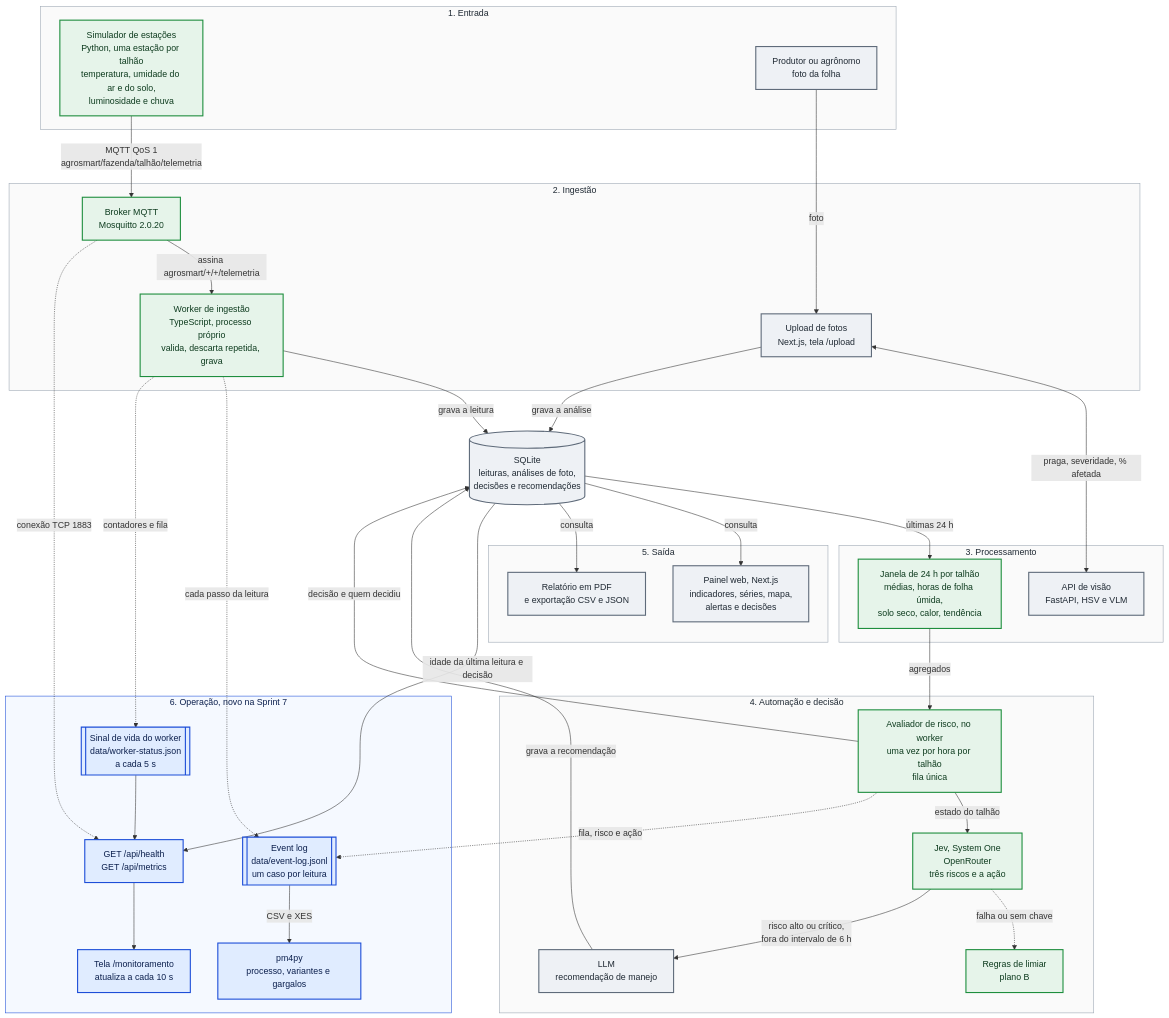
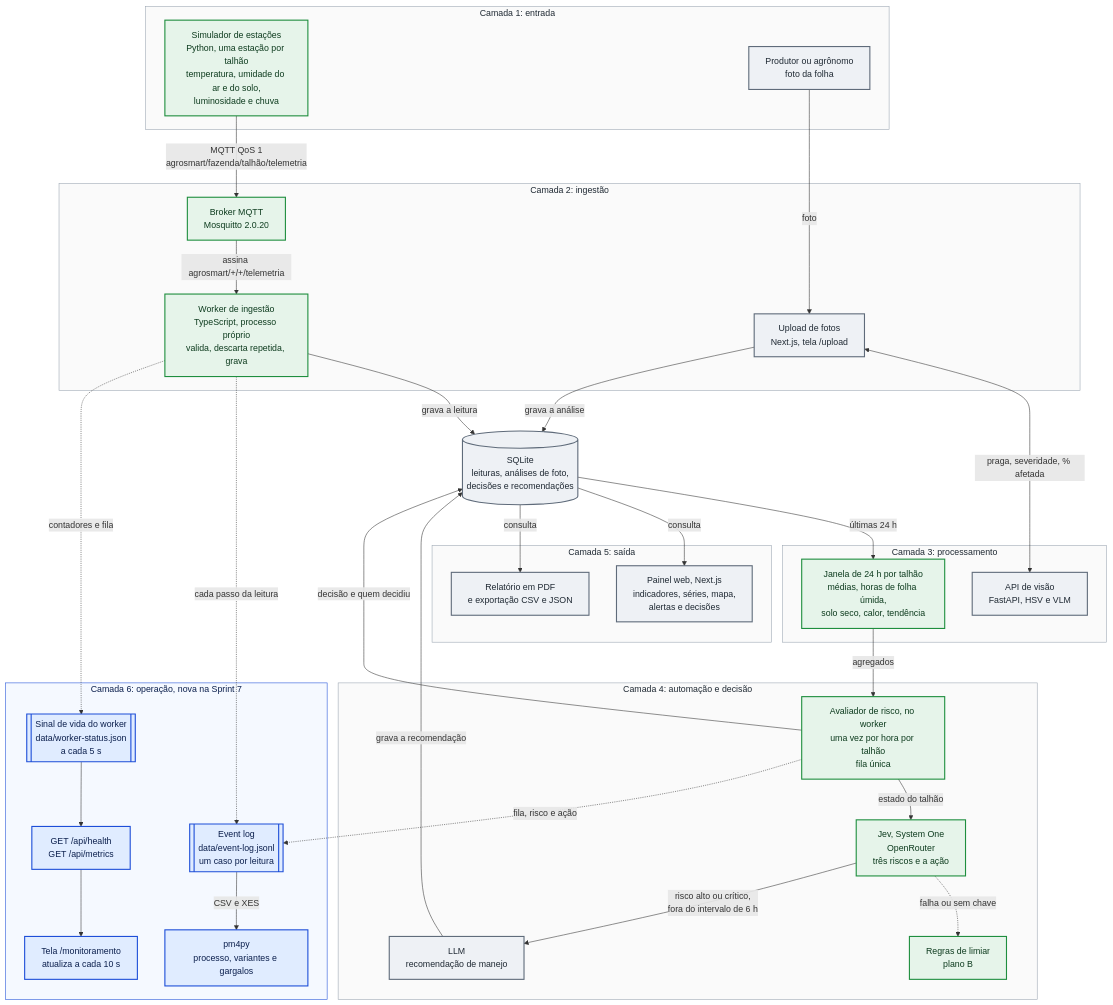
Before and after one commit to Dsfr62/fiap-agrosmart-sprint7: the diagram in docs/fase-7/diagrams/01-fluxo-final.mmd, drawn with Mermaid. The commit also changed 2 other files, not shown here.

Commit message:
Diagramas: títulos das camadas e etapas sem cara de lista no Mermaid; imagem abre ampliada

```diff
--- a/docs/fase-7/diagrams/01-fluxo-final.mmd
+++ b/docs/fase-7/diagrams/01-fluxo-final.mmd
@@ -1,76 +1,74 @@
 flowchart TB
-  subgraph ENT["1. Entrada"]
+  subgraph ENT["Camada 1: entrada"]
     SIM["Simulador de estações<br/>Python, uma estação por talhão<br/>temperatura, umidade do ar e do solo,<br/>luminosidade e chuva"]
     USR["Produtor ou agrônomo<br/>foto da folha"]
   end
 
-  subgraph ING["2. Ingestão"]
+  subgraph ING["Camada 2: ingestão"]
     MQ["Broker MQTT<br/>Mosquitto 2.0.20"]
     WK["Worker de ingestão<br/>TypeScript, processo próprio<br/>valida, descarta repetida, grava"]
     UP["Upload de fotos<br/>Next.js, tela /upload"]
   end
 
-  subgraph PROC["3. Processamento"]
+  subgraph PROC["Camada 3: processamento"]
     API["API de visão<br/>FastAPI, HSV e VLM"]
     AGG["Janela de 24 h por talhão<br/>médias, horas de folha úmida,<br/>solo seco, calor, tendência"]
   end
 
-  subgraph AUTO["4. Automação e decisão"]
+  subgraph AUTO["Camada 4: automação e decisão"]
     EVAL["Avaliador de risco, no worker<br/>uma vez por hora por talhão<br/>fila única"]
     JEV["Jev, System One<br/>OpenRouter<br/>três riscos e a ação"]
     RULE["Regras de limiar<br/>plano B"]
     LLM["LLM<br/>recomendação de manejo"]
   end
 
   DB[("SQLite<br/>leituras, análises de foto,<br/>decisões e recomendações")]
 
-  subgraph SAI["5. Saída"]
+  subgraph SAI["Camada 5: saída"]
     DASH["Painel web, Next.js<br/>indicadores, séries, mapa,<br/>alertas e decisões"]
     REL["Relatório em PDF<br/>e exportação CSV e JSON"]
   end
 
-  subgraph OPS["6. Operação, novo na Sprint 7"]
+  subgraph OPS["Camada 6: operação, nova na Sprint 7"]
     EV[["Event log<br/>data/event-log.jsonl<br/>um caso por leitura"]]
     ST[["Sinal de vida do worker<br/>data/worker-status.json<br/>a cada 5 s"]]
     HM["GET /api/health<br/>GET /api/metrics"]
     MON["Tela /monitoramento<br/>atualiza a cada 10 s"]
     PM["pm4py<br/>processo, variantes e gargalos"]
   end
 
   SIM -- "MQTT QoS 1<br/>agrosmart/fazenda/talhão/telemetria" --> MQ
   MQ -- "assina agrosmart/+/+/telemetria" --> WK
   WK -- "grava a leitura" --> DB
   USR -- "foto" --> UP
   UP <-- "praga, severidade, % afetada" --> API
   UP -- "grava a análise" --> DB
   DB -- "últimas 24 h" --> AGG
   AGG -- "agregados" --> EVAL
   EVAL -- "estado do talhão" --> JEV
   JEV -. "falha ou sem chave" .-> RULE
   JEV -- "risco alto ou crítico,<br/>fora do intervalo de 6 h" --> LLM
   EVAL -- "decisão e quem decidiu" --> DB
   LLM -- "grava a recomendação" --> DB
   DB -- "consulta" --> DASH
   DB -- "consulta" --> REL
 
   WK -. "cada passo da leitura" .-> EV
   EVAL -. "fila, risco e ação" .-> EV
   WK -. "contadores e fila" .-> ST
   ST --> HM
-  DB -- "idade da última leitura e decisão" --> HM
-  MQ -. "conexão TCP 1883" .-> HM
   HM --> MON
   EV -- "CSV e XES" --> PM
 
   classDef s7 fill:#e0ecff,stroke:#1d4ed8,stroke-width:2px,color:#0b1f4d
   classDef s6 fill:#e6f4ea,stroke:#1e8e3e,stroke-width:2px,color:#0d3b1e
   classDef antes fill:#eef1f5,stroke:#5f6b7a,stroke-width:2px,color:#1f2933
   class EV,ST,HM,MON,PM s7
   class SIM,MQ,WK,AGG,EVAL,JEV,RULE s6
   class USR,UP,API,LLM,DB,DASH,REL antes
   style ENT fill:#fafafa,stroke:#9aa5b1,color:#1f2933
   style ING fill:#fafafa,stroke:#9aa5b1,color:#1f2933
   style PROC fill:#fafafa,stroke:#9aa5b1,color:#1f2933
   style AUTO fill:#fafafa,stroke:#9aa5b1,color:#1f2933
   style SAI fill:#fafafa,stroke:#9aa5b1,color:#1f2933
   style OPS fill:#f5f9ff,stroke:#1d4ed8,color:#0b1f4d
```
